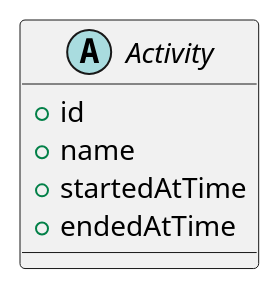
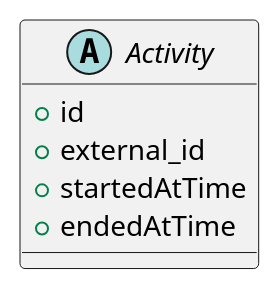
The diagram in docs/diagrams/include/activity.iuml (chronicleworks/chronicle), drawn with PlantUML before and after one commit. The commit also changed 53 other files, not shown here.

```diff
--- a/docs/diagrams/include/activity.iuml
+++ b/docs/diagrams/include/activity.iuml
@@ -1,6 +1,6 @@
 abstract Activity {
     + id
-    + name
+    + external_id
     + startedAtTime
     + endedAtTime
 }
```
